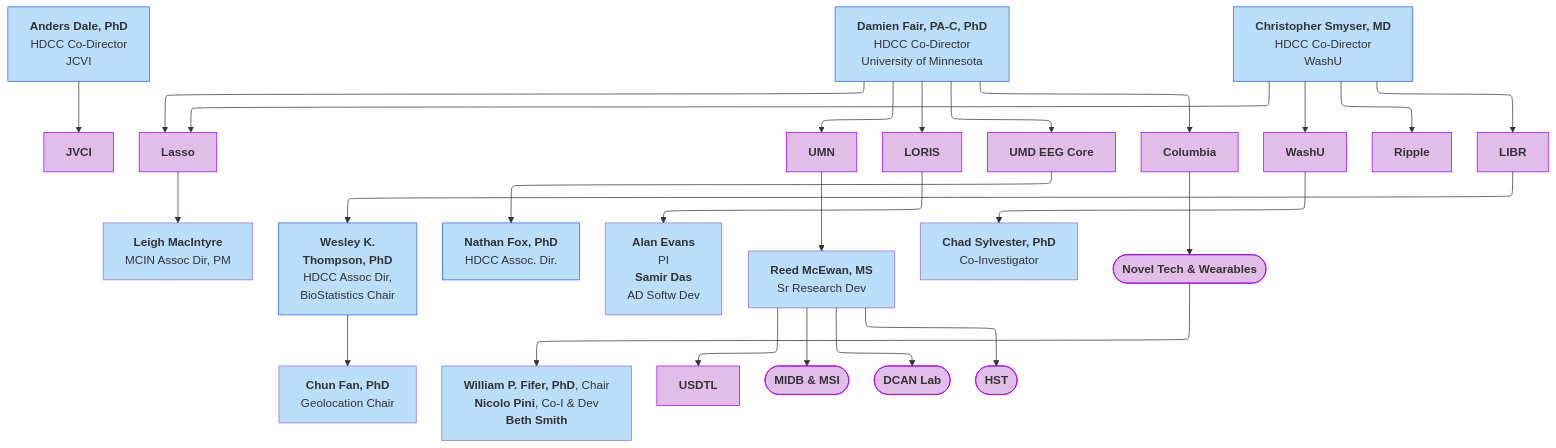
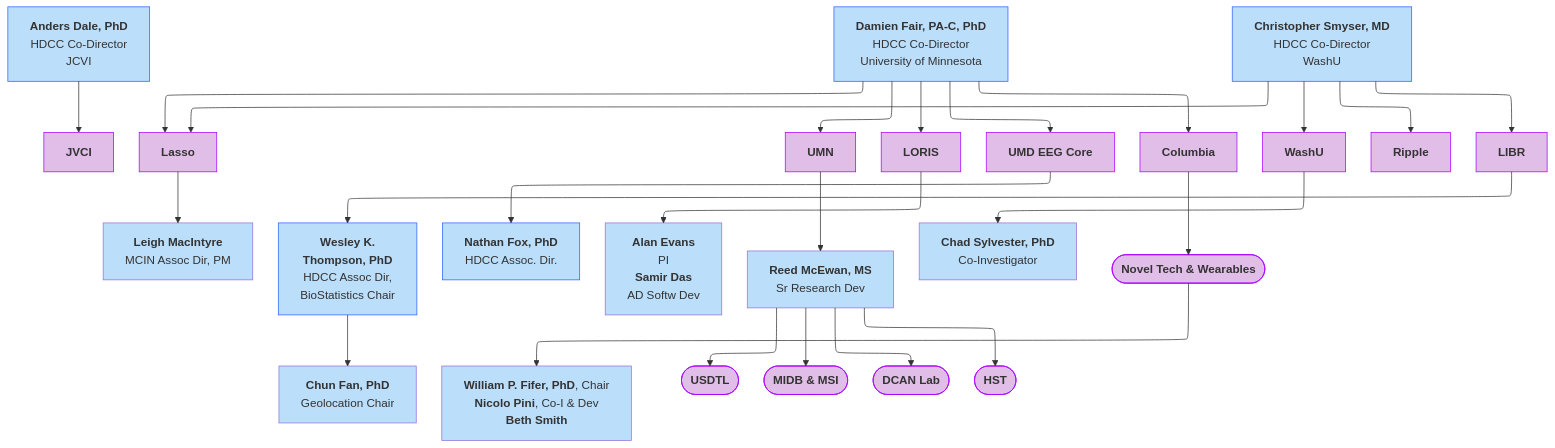
One commit to DCAN-Labs/hbcd-docs-internal changed the first of 2 diagrams in docs/orgcharts_alt.md. Above: the diagram before and after it, drawn with Mermaid. The commit also changed other lines of this file, not shown here.

````diff
--- a/docs/orgcharts_alt.md
+++ b/docs/orgcharts_alt.md
@@ -63,58 +3,58 @@
 ```mermaid
 ---
 config:
   layout: elk
 ---
 flowchart TB
     n2["<b>Anders Dale, PhD<br></b>HDCC Co-Director<br>JCVI"] --> jvci["<b>JVCI</b>"]
     E["<b>Damien Fair, PA-C, PhD</b><br>HDCC Co-Director<br>University of Minnesota"] 
     E --> lasso["<b>Lasso</b>"]
     E --> umn["<b>UMN</b>"]
     E --> n7["<b>LORIS</b>"]
     E --> n8["<b>UMD EEG Core</b>"]
     E --> n11["<b>Columbia</b>"]
     lasso --> lasso1["<b>Leigh MacIntyre</b><br>MCIN Assoc Dir, PM"]
     n1["<b>Christopher Smyser, MD<br></b>HDCC Co-Director<br>WashU"] 
     n1 --> n10["<b>WashU</b><br>"] & ripple["<b>Ripple</b>"] & n12["<b>LIBR</b>"] & lasso
     n16["<b>Wesley K.<br>Thompson, PhD</b><br>HDCC Assoc Dir,<br>BioStatistics Chair"] 
     n16 --> n17["<b>Chun Fan, PhD</b><br>Geolocation Chair"]
     n12 --> n16
     n8 --> n19["<b>Nathan Fox, PhD<br></b>HDCC Assoc. Dir."]
     n7 --> n20["<b>Alan Evans</b><br>PI<br><b>Samir Das</b><br>AD Softw Dev"]
     umn --> reed["<b>Reed McEwan, MS</b><br>Sr Research Dev"]
     n10 --> n22["<b>Chad Sylvester, PhD</b><br>Co-Investigator"]
     n11 --> n23(["<b>Novel Tech &amp; Wearables</b>"])
     n23 --> n18["<b>William P. Fifer, PhD</b>, Chair<br><b>Nicolo Pini</b>, Co-I &amp; Dev<br><b>Beth Smith</b>"]
-    reed --> n25["<b>USDTL</b>"] & n26(["<b>MIDB &amp; MSI</b>"]) & n27(["<b>DCAN Lab</b>"]) & n30(["<b>HST</b>"])
+    reed --> n25(["<b>USDTL</b>"]) & n26(["<b>MIDB &amp; MSI</b>"]) & n27(["<b>DCAN Lab</b>"]) & n30(["<b>HST</b>"])
     style n2 fill:#BBDEFB,stroke:#2962FF
     style jvci fill:#E1BEE7,stroke:#AA00FF
     style E fill:#BBDEFB,stroke:#2962FF
     style lasso fill:#E1BEE7,stroke:#AA00FF
     style umn fill:#E1BEE7,stroke:#AA00FF
     style n7 fill:#E1BEE7,stroke:#AA00FF
     style n8 fill:#E1BEE7,stroke:#AA00FF
     style n11 fill:#E1BEE7,stroke:#AA00FF
     style lasso1 fill:#BBDEFB
     style n1 fill:#BBDEFB,stroke:#2962FF
     style n10 fill:#E1BEE7,stroke:#AA00FF
     style ripple fill:#E1BEE7,stroke:#AA00FF
     style n12 fill:#E1BEE7,stroke:#AA00FF
     style n16 fill:#BBDEFB,stroke:#2962FF
     style n17 fill:#BBDEFB
     style n19 fill:#BBDEFB,stroke:#2962FF
     style n20 fill:#BBDEFB
     style reed fill:#BBDEFB
     style n22 fill:#BBDEFB
     style n23 fill:#E1BEE7,stroke:#AA00FF
     style n18 fill:#BBDEFB
     style n25 fill:#E1BEE7,stroke:#AA00FF
     style n26 fill:#E1BEE7,stroke:#AA00FF
     style n27 fill:#E1BEE7,stroke:#AA00FF
     style n30 fill:#E1BEE7,stroke:#AA00FF
     click jvci "#j-craig-venter-institute"
     click lasso "#lasso"
     click umn "#university-of-minnesota"
     click n7 "#loris"
     click n8 "#umd-eeg-core"
     click n10 "#washu"
 ```
````
